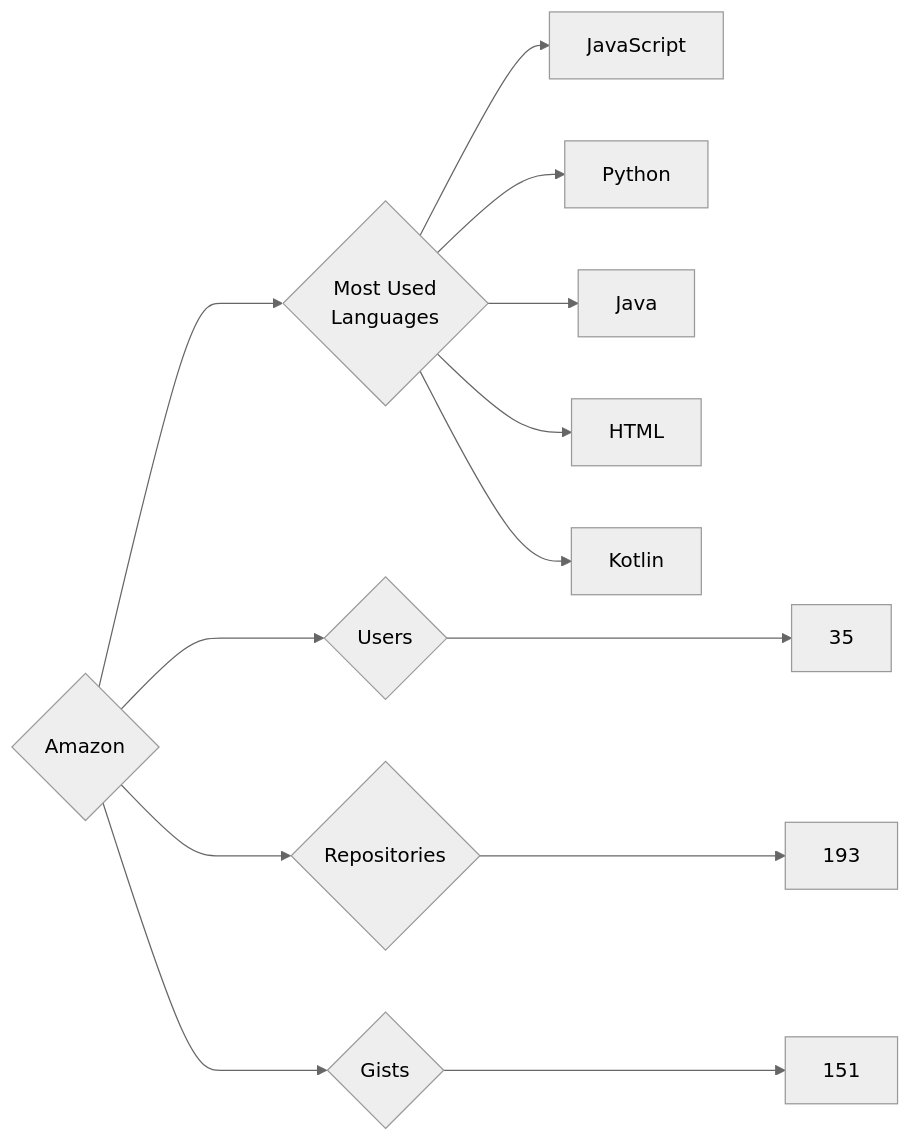
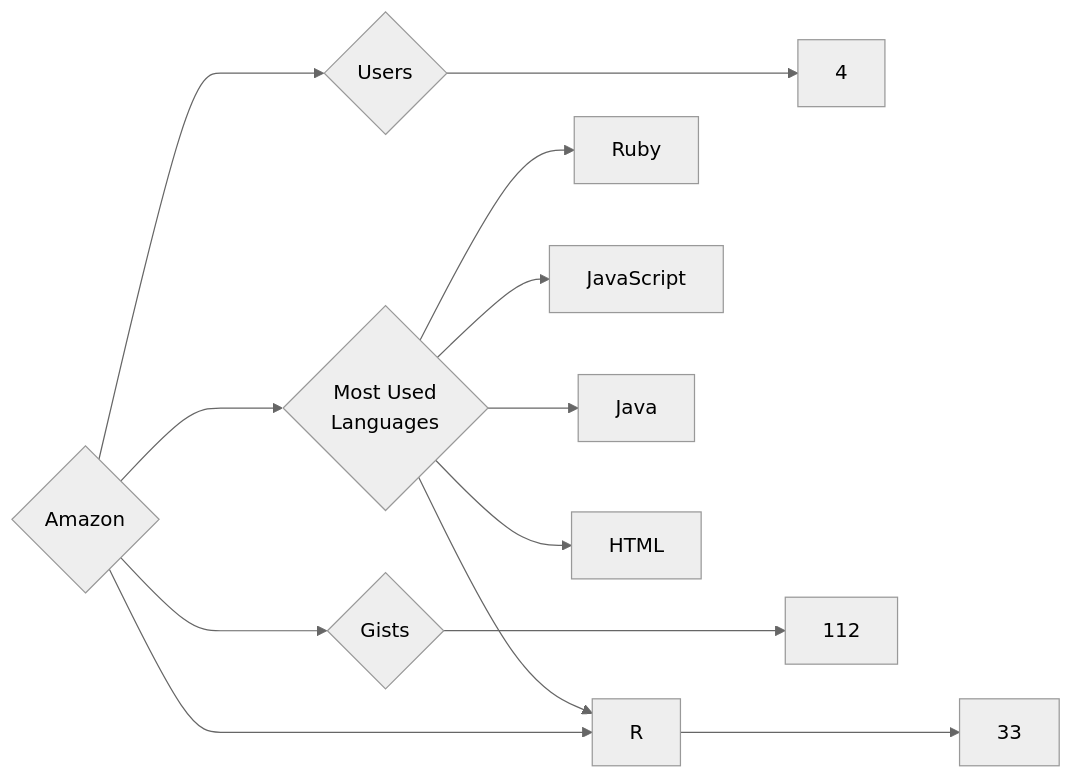
Before and after one commit to trickest/insiders: the diagram in targets/Amazon/README.md, drawn with Mermaid (neutral theme). The commit also changed 930 other files, not shown here.

````diff
--- a/targets/Amazon/README.md
+++ b/targets/Amazon/README.md
@@ -3,13 +3,13 @@
 ```mermaid
 graph LR
 COMPANY_NAME{Amazon}
-COMPANY_NAME ---> U{Users} ---> UN[35]
-COMPANY_NAME ---> R{Repositories} ---> RN[193]
-COMPANY_NAME ---> G{Gists} ---> GN[151]
+COMPANY_NAME ---> U{Users} ---> UN[4]
+COMPANY_NAME ---> R{Repositories} ---> RN[33]
+COMPANY_NAME ---> G{Gists} ---> GN[112]
 COMPANY_NAME ---> ML{Most Used<br>Languages}
+ML --> Ruby[Ruby]
 ML --> JavaScript[JavaScript]
-ML --> Python[Python]
+ML --> R[R]
 ML --> Java[Java]
 ML --> HTML[HTML]
-ML --> Kotlin[Kotlin]
 ```
````
